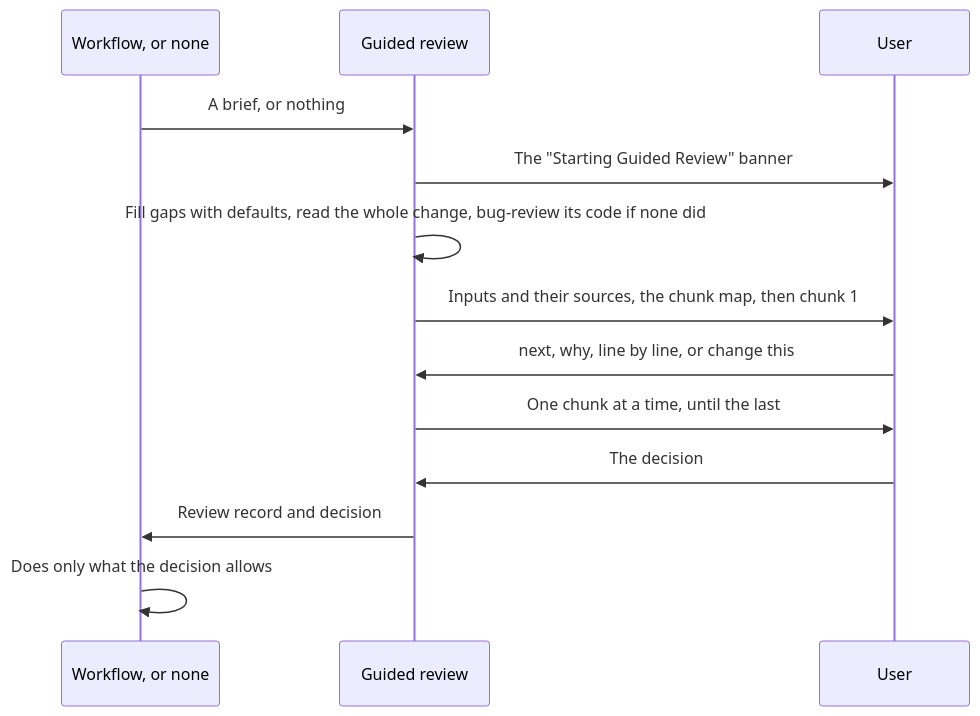
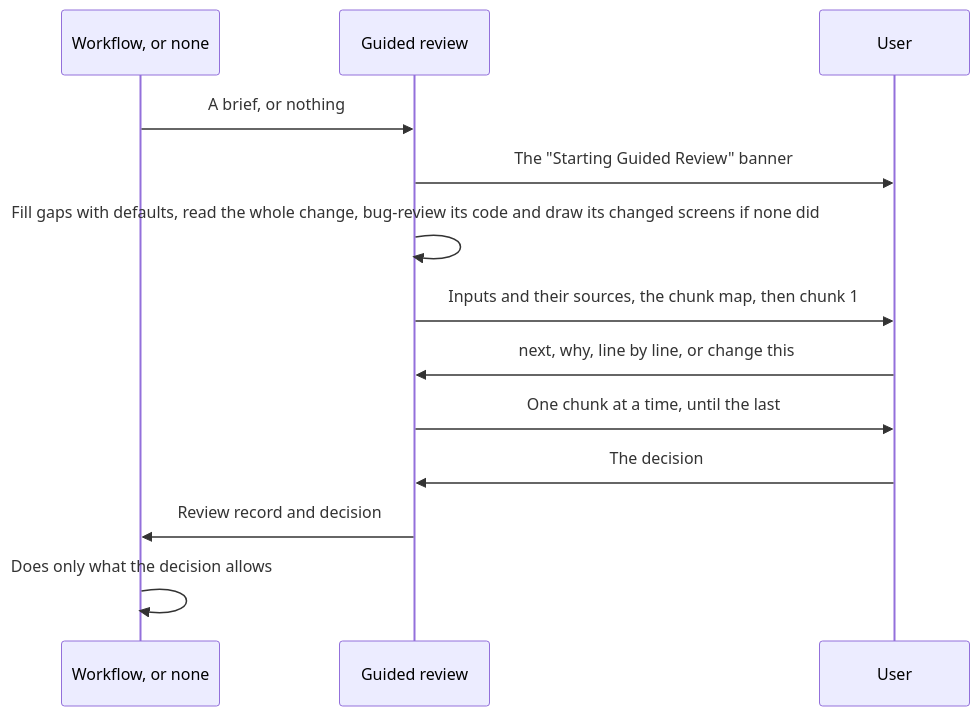
Before and after one commit to fsw0422/.ksp: the first of 3 diagrams in skills/guided-review/SKILL.md, drawn with Mermaid. The commit also changed other lines of this file and 11 other files, not shown here.

First line of the commit message:
spec-workflow, guided-review: draw screens from stories, and drop the design parts

````diff
--- a/skills/guided-review/SKILL.md
+++ b/skills/guided-review/SKILL.md
@@ -12,15 +12,15 @@
 ```mermaid
 sequenceDiagram
     participant W as Workflow, or none
     participant R as Guided review
     participant U as User
     W->>R: A brief, or nothing
     R->>U: The "Starting Guided Review" banner
-    R->>R: Fill gaps with defaults, read the whole change, bug-review its code if none did
+    R->>R: Fill gaps with defaults, read the whole change, bug-review its code and draw its changed screens if none did
     R->>U: Inputs and their sources, the chunk map, then chunk 1
     U->>R: next, why, line by line, or change this
     R->>U: One chunk at a time, until the last
     U->>R: The decision
     R->>W: Review record and decision
     W->>W: Does only what the decision allows
 ```
````
